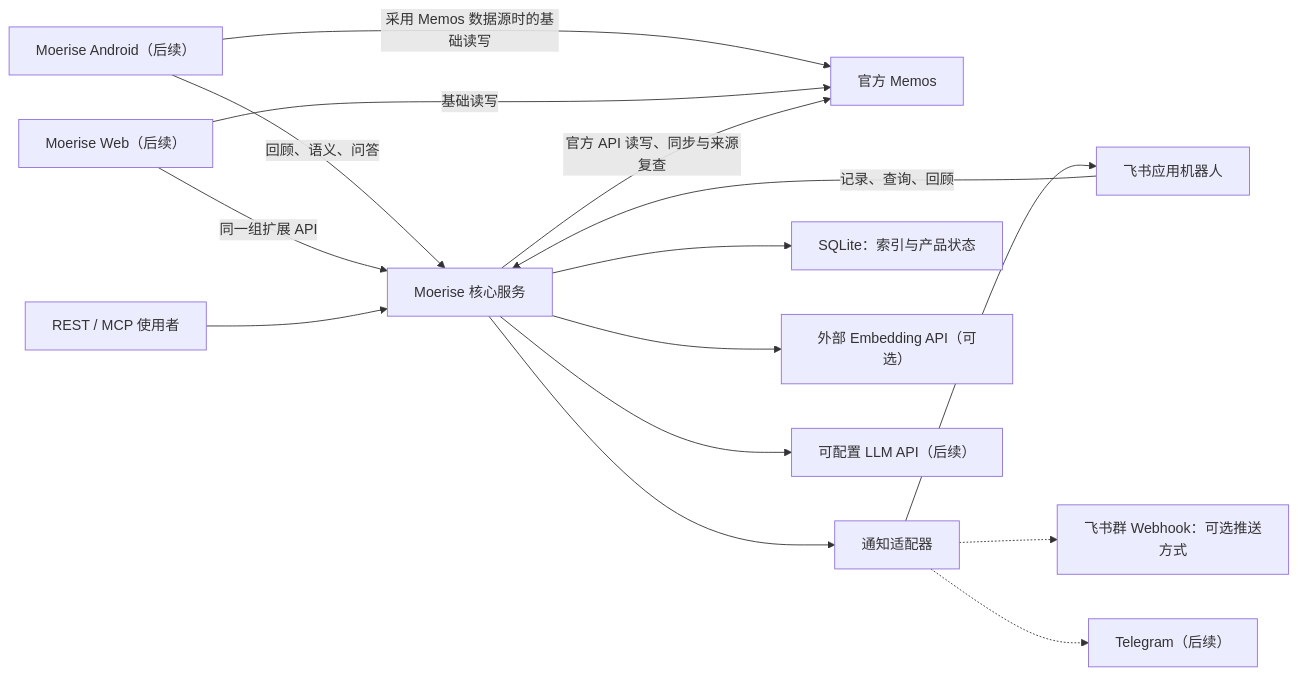
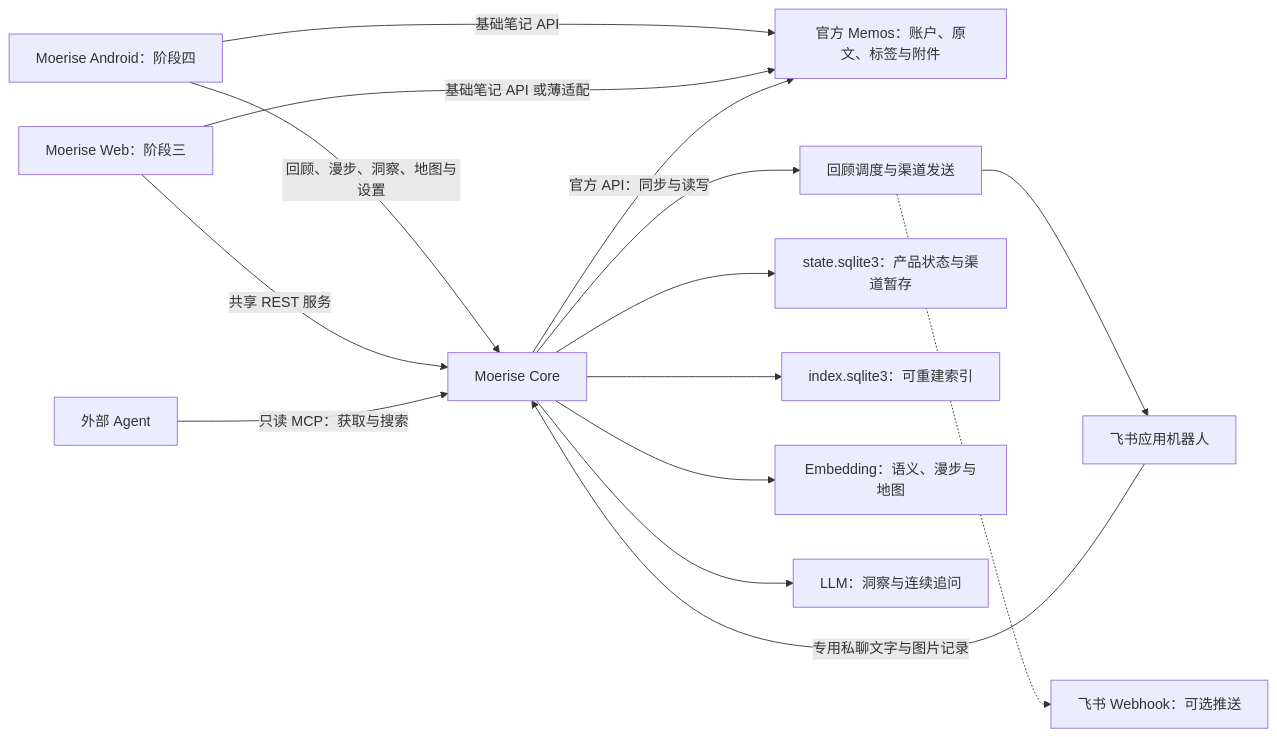
The first of 2 diagrams in docs/PRODUCT-ARCHITECTURE.md (Fermin214/Moerise), drawn with Mermaid before and after one commit. The commit also changed other lines of this file and 3 other files, not shown here.

Commit message:
docs: align product stages and architecture with PRD

````diff
--- a/docs/PRODUCT-ARCHITECTURE.md
+++ b/docs/PRODUCT-ARCHITECTURE.md
@@ -29,17 +33,17 @@
 ```mermaid
 flowchart LR
-    Android["Moerise Android（后续）"] -->|"采用 Memos 数据源时的基础读写"| Memos["官方 Memos"]
-    Web["Moerise Web（后续）"] -->|"基础读写"| Memos
-    Sidecar["Moerise 核心服务"] -->|"官方 API 读写、同步与来源复查"| Memos
-    Android -->|"回顾、语义、问答"| Sidecar
-    Web -->|"同一组扩展 API"| Sidecar
-    Agents["REST / MCP 使用者"] --> Sidecar
-    FeishuBot["飞书应用机器人"] -->|"记录、查询、回顾"| Sidecar
-    Sidecar --> Notify["通知适配器"]
-    Sidecar --> SQLite["SQLite：索引与产品状态"]
-    Sidecar --> Embedding["外部 Embedding API（可选）"]
-    Sidecar --> LLM["可配置 LLM API（后续）"]
+    Android["Moerise Android：阶段四"] -->|"基础笔记 API"| Memos["官方 Memos：账户、原文、标签与附件"]
+    Web["Moerise Web：阶段三"] -->|"基础笔记 API 或薄适配"| Memos
+    Core["Moerise Core"] -->|"官方 API：同步与读写"| Memos
+    Android -->|"回顾、漫步、洞察、地图与设置"| Core
+    Web -->|"共享 REST 服务"| Core
+    Agents["外部 Agent"] -->|"只读 MCP：获取与搜索"| Core
+    FeishuBot["飞书应用机器人"] -->|"专用私聊文字与图片记录"| Core
+    Core --> Notify["回顾调度与渠道发送"]
+    Core --> State["state.sqlite3：产品状态与渠道暂存"]
+    Core --> Index["index.sqlite3：可重建索引"]
+    Core --> Embedding["Embedding：语义、漫步与地图"]
+    Core --> LLM["LLM：洞察与连续追问"]
     Notify --> FeishuBot
-    Notify -.-> FeishuWebhook["飞书群 Webhook：可选推送方式"]
-    Notify -.-> Other["Telegram（后续）"]
+    Notify -.-> FeishuWebhook["飞书 Webhook：可选推送"]
 ```
````
